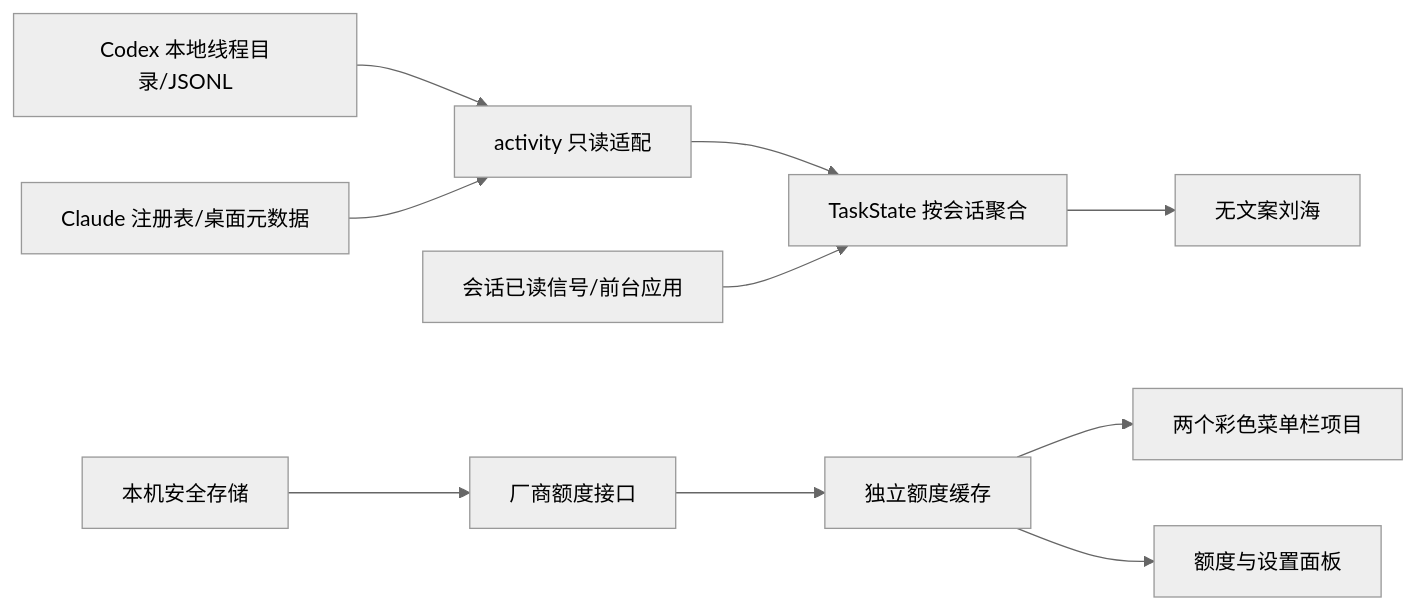
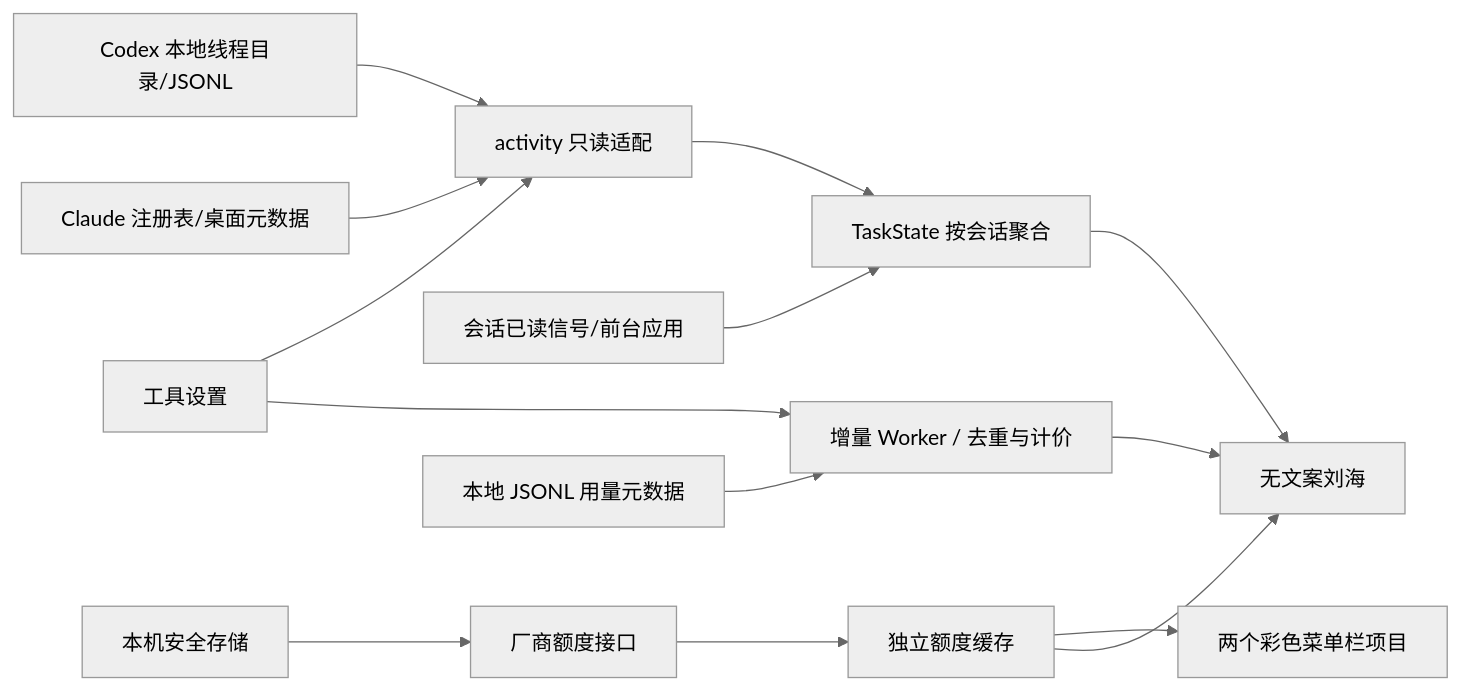
Before and after one commit to a1014709897-sketch/mac-notch: the diagram in docs/ARCHITECTURE.md, drawn with Mermaid (neutral theme). The commit also changed other lines of this file and 36 other files, not shown here.

````diff
--- a/docs/ARCHITECTURE.md
+++ b/docs/ARCHITECTURE.md
@@ -5,12 +5,16 @@
 ```mermaid
 flowchart LR
  C[Codex 本地线程目录/JSONL] --> A[activity 只读适配]
  L[Claude 注册表/桌面元数据] --> A
  A --> S[TaskState 按会话聚合]
  F[会话已读信号/前台应用] --> S
  S --> N[无文案刘海]
  Q[厂商额度接口] --> M[独立额度缓存]
  M --> T[两个彩色菜单栏项目]
- M --> P[额度与设置面板]
+ M --> N
+ U[本地 JSONL 用量元数据] --> W[增量 Worker / 去重与计价]
+ W --> N
+ S2[工具设置] --> A
+ S2 --> W
  K[本机安全存储] --> Q
 ```
````
